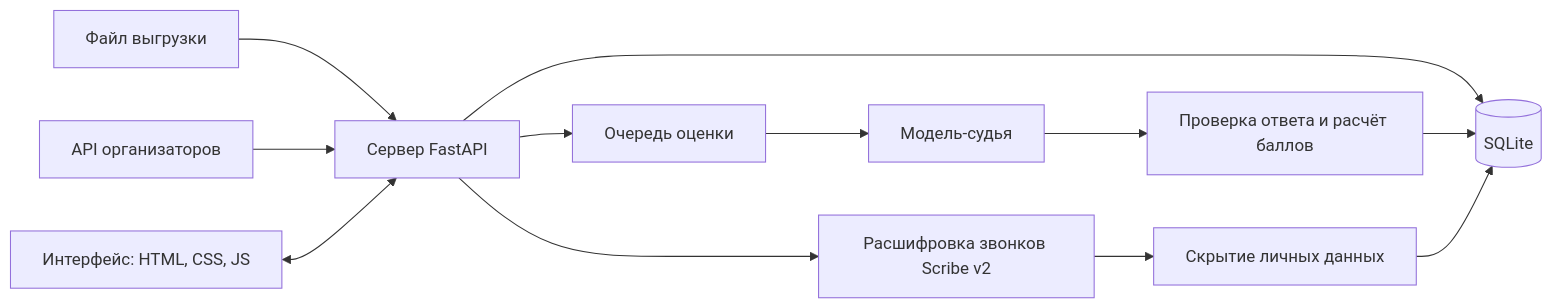
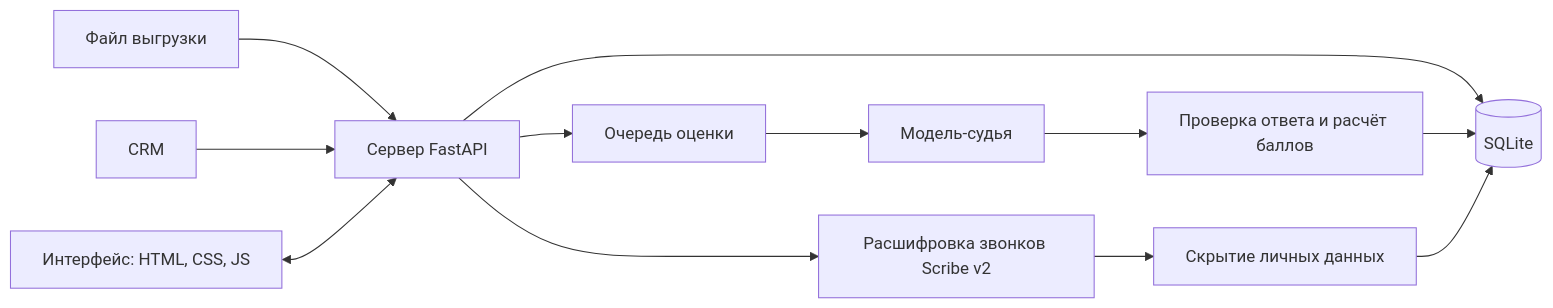
One commit to zzhassyn/data-freedom changed the diagram in README.md. Above: the diagram before and after it, drawn with Mermaid. The commit also changed other lines of this file and 7 other files, not shown here.

````diff
--- a/README.md
+++ b/README.md
@@ -55,14 +61,14 @@
 ```mermaid
 flowchart LR
     Files[Файл выгрузки] --> API
-    CRM[API организаторов] --> API
+    CRM[CRM] --> API
     UI[Интерфейс: HTML, CSS, JS] <--> API[Сервер FastAPI]
     API --> DB[(SQLite)]
     API --> Queue[Очередь оценки]
     Queue --> Judge[Модель-судья]
     Judge --> Check[Проверка ответа и расчёт баллов]
     Check --> DB
     API --> STT[Расшифровка звонков Scribe v2]
     STT --> Mask[Скрытие личных данных]
     Mask --> DB
 ```
````
